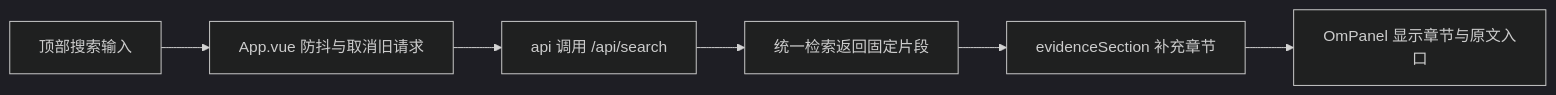
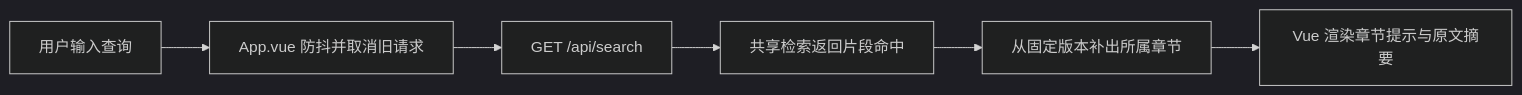
One commit to lejunyang/omem changed the diagram in .repo-review/knowledge/articles/0fc1372e659c300a4a7193e2de27f7d10a3c14baf8d61d9cee5f74f4a67a1d4a.md. Above: the diagram before and after it, drawn with Mermaid (dark theme). The commit also changed other lines of this file and 97 other files, not shown here.

````diff
--- a/.repo-review/knowledge/articles/0fc1372e659c300a4a7193e2de27f7d10a3c14baf8d61d9cee5f74f4a67a1d4a.md
+++ b/.repo-review/knowledge/articles/0fc1372e659c300a4a7193e2de27f7d10a3c14baf8d61d9cee5f74f4a67a1d4a.md
@@ -28,8 +21,8 @@
 ```mermaid
 flowchart LR
-  A[顶部搜索输入] --> B[App.vue 防抖与取消旧请求]
-  B --> C[api 调用 /api/search]
-  C --> D[统一检索返回固定片段]
-  D --> E[evidenceSection 补充章节]
-  E --> F[OmPanel 显示章节与原文入口]
+  A[用户输入查询] --> B[App.vue 防抖并取消旧请求]
+  B --> C[GET /api/search]
+  C --> D[共享检索返回片段命中]
+  D --> E[从固定版本补出所属章节]
+  E --> F[Vue 渲染章节提示与原文摘要]
 ```
````
